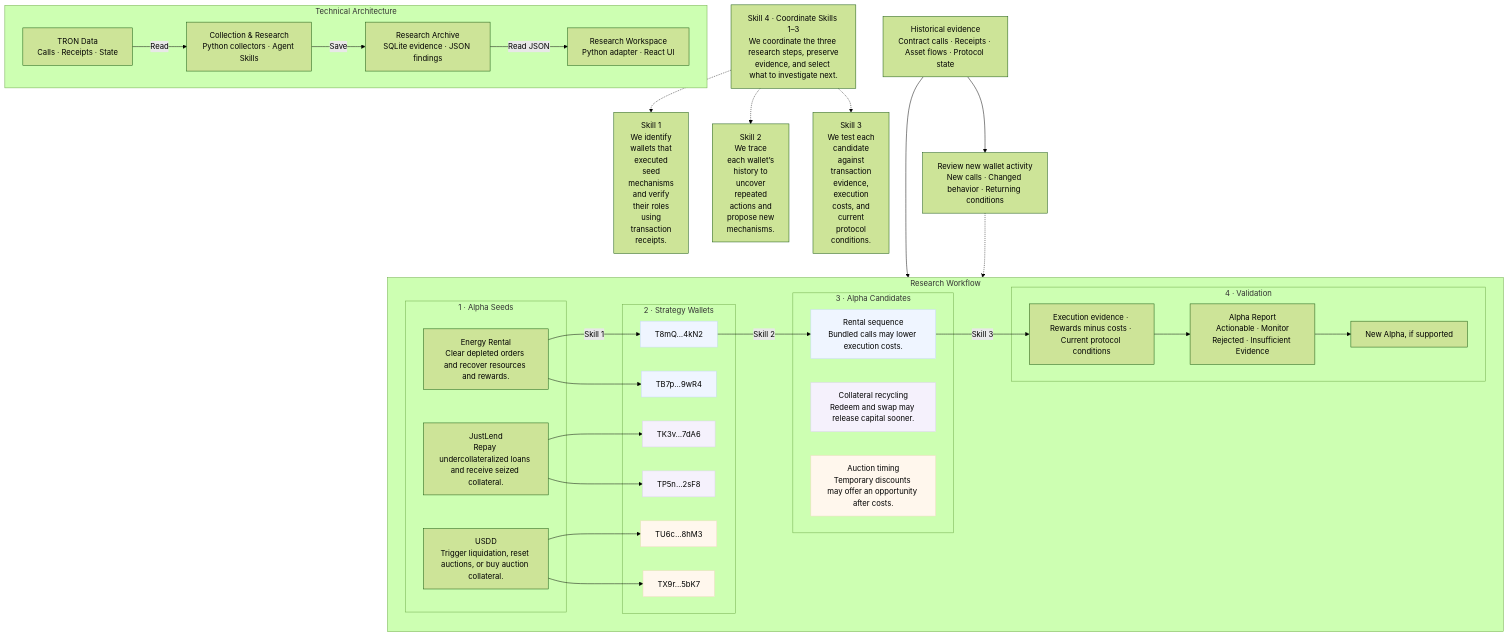
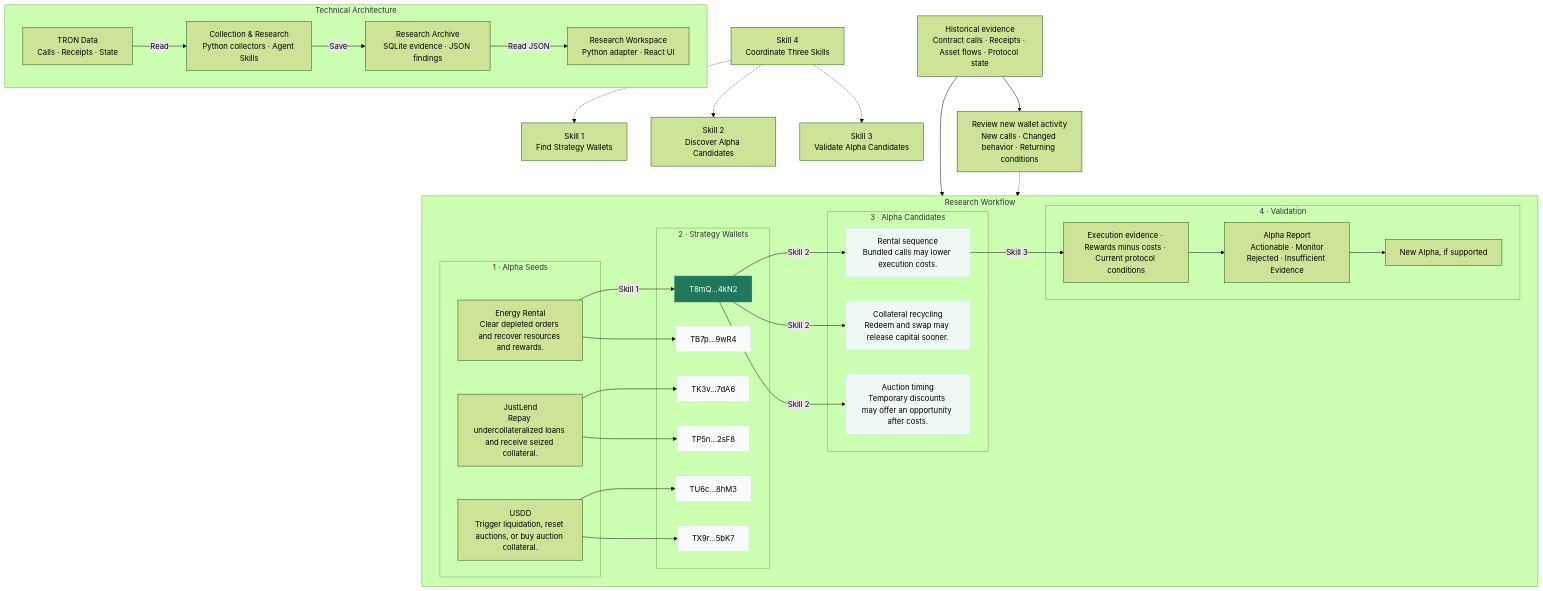
The diagram in docs/diagrams/system-architecture-en.mmd (qinyh10300/protocol-alpha-finder), drawn with Mermaid (forest theme) before and after one commit. The commit also changed 6 other files, not shown here.

Commit message:
docs: shorten Skill labels and expand one wallet into three candidates

```diff
--- a/docs/diagrams/system-architecture-en.mmd
+++ b/docs/diagrams/system-architecture-en.mmd
@@ -1,69 +1,71 @@
 flowchart TB
     subgraph FLOW["Research Workflow"]
         direction LR
         subgraph SEEDS["1 · Alpha Seeds"]
             SEED0["Energy Rental<br/>Clear depleted orders and recover resources and rewards."]
             SEED1["JustLend<br/>Repay undercollateralized loans and receive seized collateral."]
             SEED2["USDD<br/>Trigger liquidation, reset auctions, or buy auction collateral."]
         end
         subgraph WALLETS["2 · Strategy Wallets"]
             WALLET0["T8mQ…4kN2"]
             WALLET1["TB7p…9wR4"]
             WALLET2["TK3v…7dA6"]
             WALLET3["TP5n…2sF8"]
             WALLET4["TU6c…8hM3"]
             WALLET5["TX9r…5bK7"]
         end
         subgraph CANDIDATES["3 · Alpha Candidates"]
             CANDIDATE0["Rental sequence<br/>Bundled calls may lower execution costs."]
             CANDIDATE1["Collateral recycling<br/>Redeem and swap may release capital sooner."]
             CANDIDATE2["Auction timing<br/>Temporary discounts may offer an opportunity after costs."]
         end
         subgraph VALIDATION["4 · Validation"]
             CHECK["Execution evidence · Rewards minus costs · Current protocol conditions"]
             REPORT["Alpha Report<br/>Actionable · Monitor<br/>Rejected · Insufficient Evidence"]
             NEW["New Alpha, if supported"]
             CHECK --> REPORT --> NEW
         end
         SEED0 -->|Skill 1| WALLET0
         SEED0 --> WALLET1
         SEED1 --> WALLET2
         SEED1 --> WALLET3
         SEED2 --> WALLET4
         SEED2 --> WALLET5
         WALLET0 -->|Skill 2| CANDIDATE0
+        WALLET0 -->|Skill 2| CANDIDATE1
+        WALLET0 -->|Skill 2| CANDIDATE2
         CANDIDATE0 -->|Skill 3| CHECK
     end
-    S1["Skill 1<br/>We identify<br/>wallets that<br/>executed<br/>seed<br/>mechanisms<br/>and verify<br/>their roles<br/>using<br/>transaction<br/>receipts."]
-    S2["Skill 2<br/>We trace<br/>each wallet’s<br/>history to<br/>uncover<br/>repeated<br/>actions and<br/>propose new<br/>mechanisms."]
-    S3["Skill 3<br/>We test each<br/>candidate<br/>against<br/>transaction<br/>evidence,<br/>execution<br/>costs, and<br/>current<br/>protocol<br/>conditions."]
-    S4["Skill 4 · Coordinate Skills 1–3<br/>We coordinate the three research steps, preserve<br/>evidence, and select what to investigate next."]
+    S1["Skill 1<br/>Find Strategy Wallets"]
+    S2["Skill 2<br/>Discover Alpha Candidates"]
+    S3["Skill 3<br/>Validate Alpha Candidates"]
+    S4["Skill 4<br/>Coordinate Three Skills"]
     S4 -.-> S1
     S4 -.-> S2
     S4 -.-> S3
     HISTORY["Historical evidence<br/>Contract calls · Receipts · Asset flows · Protocol state"]
     OBSERVE["Review new wallet activity<br/>New calls · Changed behavior · Returning conditions"]
     HISTORY --> FLOW
     HISTORY --> OBSERVE
     OBSERVE -.-> FLOW
-    %% Illustrative addresses and hypotheses · Matching colors show provenance; one research path is drawn.
+    %% Illustrative addresses and hypotheses · The highlighted wallet leads to three candidate mechanisms.
     %% Repeat collection and review; current checks start manually.
-    style WALLET0 fill:#eff5ff,stroke:#c8daf8
-    style WALLET1 fill:#eff5ff,stroke:#c8daf8
-    style CANDIDATE0 fill:#eff5ff,stroke:#c8daf8
-    style WALLET2 fill:#f5f1fc,stroke:#ded2f2
-    style WALLET3 fill:#f5f1fc,stroke:#ded2f2
-    style CANDIDATE1 fill:#f5f1fc,stroke:#ded2f2
-    style WALLET4 fill:#fff7ed,stroke:#f1dcc2
-    style WALLET5 fill:#fff7ed,stroke:#f1dcc2
-    style CANDIDATE2 fill:#fff7ed,stroke:#f1dcc2
+    style WALLET0 fill:#20775b,stroke:#20775b,color:#ffffff
+    style WALLET1 fill:#f8fafc,stroke:#d3dce6
+    style WALLET2 fill:#f8fafc,stroke:#d3dce6
+    style WALLET3 fill:#f8fafc,stroke:#d3dce6
+    style WALLET4 fill:#f8fafc,stroke:#d3dce6
+    style WALLET5 fill:#f8fafc,stroke:#d3dce6
+    style CANDIDATE0 fill:#eef8f4,stroke:#c9e5d9
+    style CANDIDATE1 fill:#eef8f4,stroke:#c9e5d9
+    style CANDIDATE2 fill:#eef8f4,stroke:#c9e5d9
     subgraph TECH["Technical Architecture"]
         direction LR
         T0["TRON Data<br/>Calls · Receipts · State"]
         T1["Collection & Research<br/>Python collectors · Agent Skills"]
         T0 -->|Read| T1
         T2["Research Archive<br/>SQLite evidence · JSON findings"]
         T1 -->|Save| T2
         T3["Research Workspace<br/>Python adapter · React UI"]
         T2 -->|Read JSON| T3
     end
```
